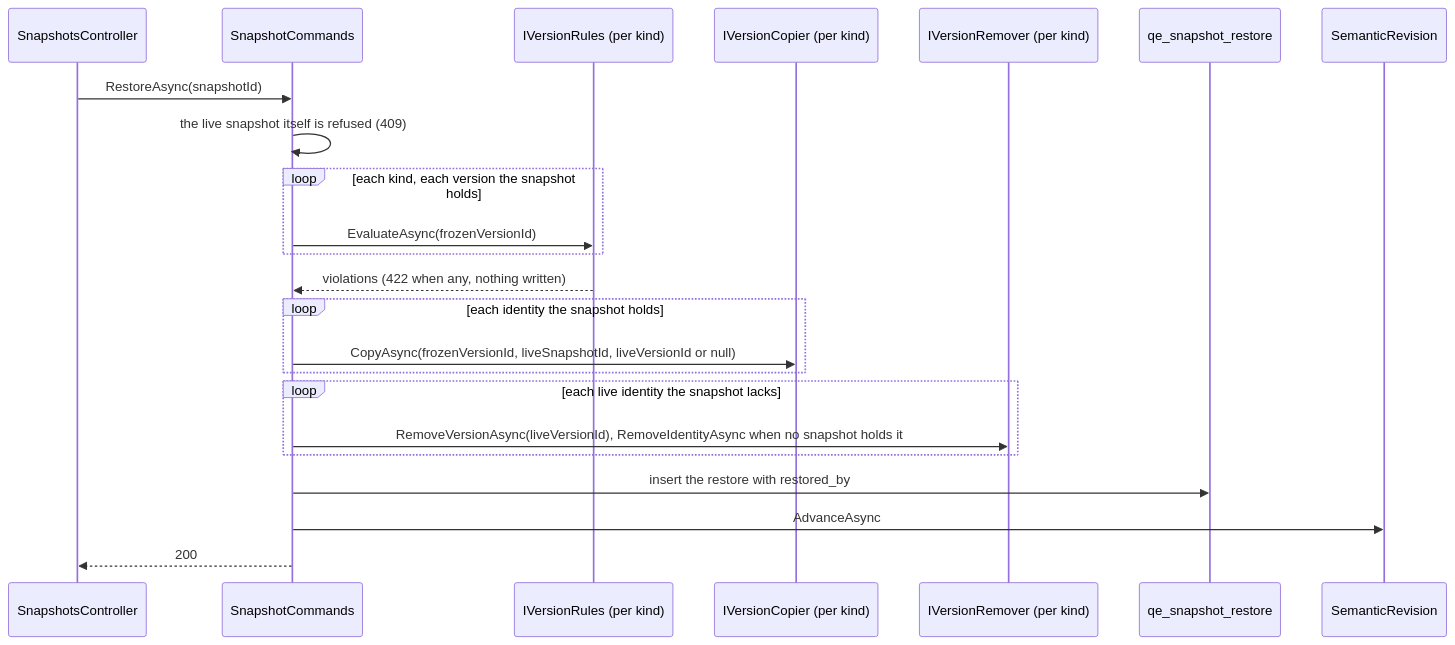
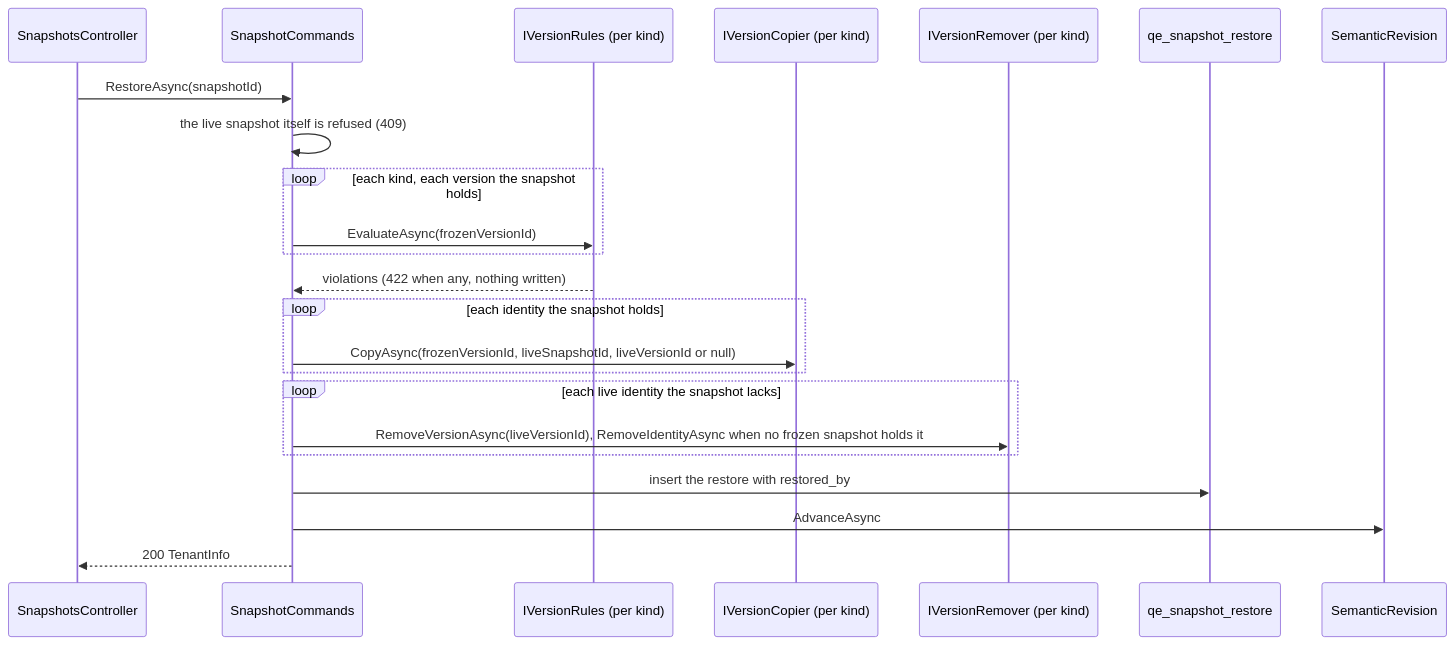
The fifth of 6 diagrams in api/docs/architecture/06-key-actions.md (chrisaliotta/Quantalytix.QueryEngine.Admin), drawn with Mermaid before and after one commit. The commit also changed other lines of this file and 63 other files, not shown here.

First line of the commit message:
refactor(api/docs): enhance architecture documentation and API specifications for snapshots

````diff
--- a/api/docs/architecture/06-key-actions.md
+++ b/api/docs/architecture/06-key-actions.md
@@ -144,25 +145,25 @@
 ```mermaid
 sequenceDiagram
     participant Ctl as SnapshotsController
     participant Cmd as SnapshotCommands
     participant Rules as IVersionRules (per kind)
     participant Cp as IVersionCopier (per kind)
     participant Rm as IVersionRemover (per kind)
     participant Log as qe_snapshot_restore
     participant Rev as SemanticRevision
     Ctl->>Cmd: RestoreAsync(snapshotId)
     Cmd->>Cmd: the live snapshot itself is refused (409)
     loop each kind, each version the snapshot holds
         Cmd->>Rules: EvaluateAsync(frozenVersionId)
     end
     Rules-->>Cmd: violations (422 when any, nothing written)
     loop each identity the snapshot holds
         Cmd->>Cp: CopyAsync(frozenVersionId, liveSnapshotId, liveVersionId or null)
     end
     loop each live identity the snapshot lacks
-        Cmd->>Rm: RemoveVersionAsync(liveVersionId), RemoveIdentityAsync when no snapshot holds it
+        Cmd->>Rm: RemoveVersionAsync(liveVersionId), RemoveIdentityAsync when no frozen snapshot holds it
     end
     Cmd->>Log: insert the restore with restored_by
     Cmd->>Rev: AdvanceAsync
-    Cmd-->>Ctl: 200
+    Cmd-->>Ctl: 200 TenantInfo
 ```
````
